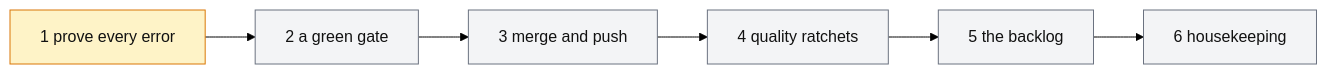
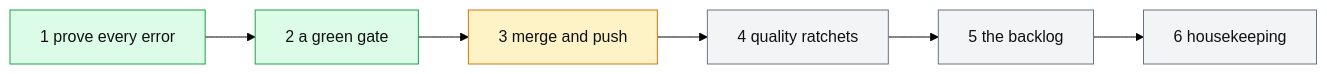
The second of 2 diagrams in next-steps.md (thomascherickal/ferrum-gpu), drawn with Mermaid (forest theme) before and after one commit. The commit also changed other lines of this file and 106 other files, not shown here.

First line of the commit message:
coverage: simulated failures cover every error path; faster coverage run; gate PASS

````diff
--- a/next-steps.md
+++ b/next-steps.md
@@ -53,17 +53,17 @@
 ```mermaid
 flowchart LR
-    p0["1 prove every error"]:::now
-    p1["2 a green gate"]:::later
-    p2["3 merge and push"]:::later
+    p0["1 prove every error"]:::met
+    p1["2 a green gate"]:::met
+    p2["3 merge and push"]:::now
     p3["4 quality ratchets"]:::later
     p4["5 the backlog"]:::later
     p5["6 housekeeping"]:::later
     p0 --> p1
     p1 --> p2
     p2 --> p3
     p3 --> p4
     p4 --> p5
     classDef met fill:#dcfce7,stroke:#16a34a,color:#111
     classDef now fill:#fef3c7,stroke:#d97706,color:#111
     classDef later fill:#f3f4f6,stroke:#6b7280,color:#111
 ```
````
